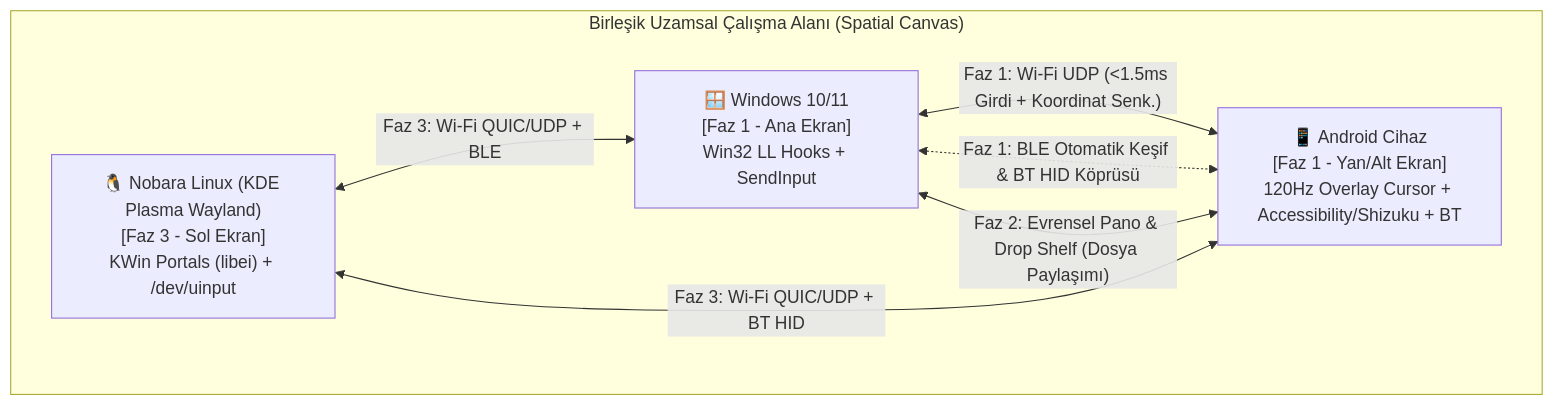
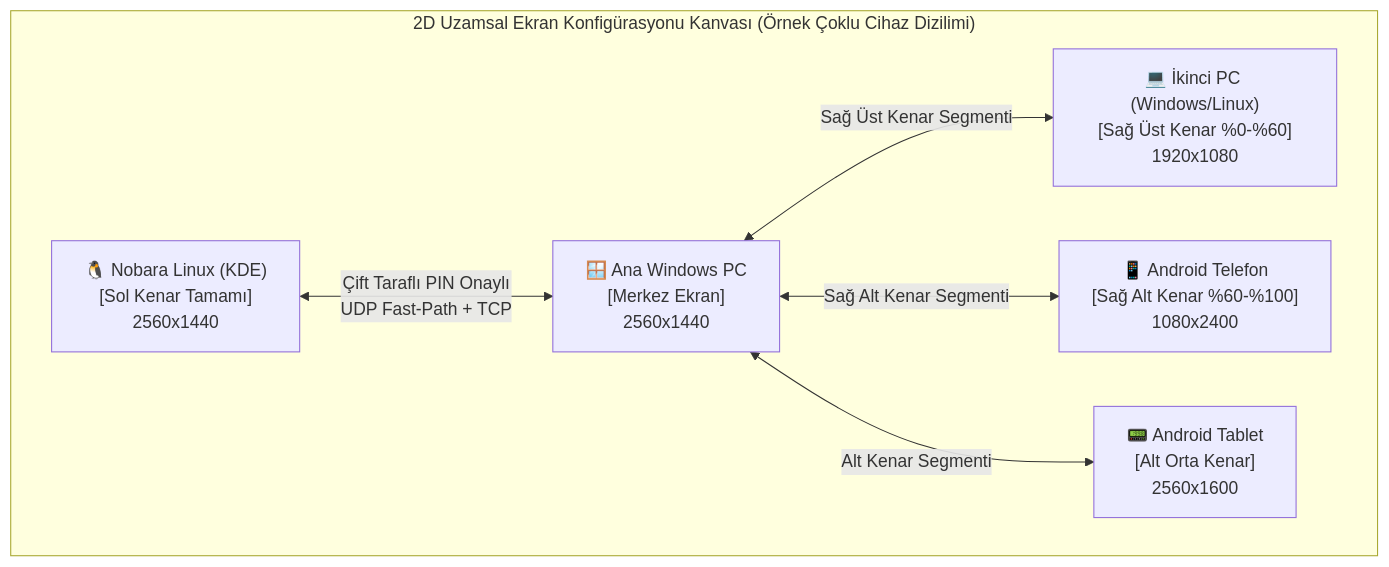
One commit to korgangames/Connect-Me changed the first of 2 diagrams in docs/ADD.md. Above: the diagram before and after it, drawn with Mermaid. The commit also changed other lines of this file and 11 other files, not shown here.

````diff
--- a/docs/ADD.md
+++ b/docs/ADD.md
@@ -26,15 +28,16 @@
 ```mermaid
 flowchart TB
-    subgraph Workspace["Birleşik Uzamsal Çalışma Alanı (Spatial Canvas)"]
+    subgraph Canvas["2D Uzamsal Ekran Konfigürasyonu Kanvası (Örnek Çoklu Cihaz Dizilimi)"]
         direction LR
-        Linux["🐧 Nobara Linux (KDE Plasma Wayland)\n[Faz 3 - Sol Ekran]\nKWin Portals (libei) + /dev/uinput"]
-        Windows["🪟 Windows 10/11\n[Faz 1 - Ana Ekran]\nWin32 LL Hooks + SendInput"]
-        Android["📱 Android Cihaz\n[Faz 1 - Yan/Alt Ekran]\n120Hz Overlay Cursor + Accessibility/Shizuku + BT"]
+        Nobara["🐧 Nobara Linux (KDE)\n[Sol Kenar Tamamı]\n2560x1440"]
+        WinMain["🪟 Ana Windows PC\n[Merkez Ekran]\n2560x1440"]
+        WinLaptop["💻 İkinci PC (Windows/Linux)\n[Sağ Üst Kenar %0-%60]\n1920x1080"]
+        AndroidPhone["📱 Android Telefon\n[Sağ Alt Kenar %60-%100]\n1080x2400"]
+        AndroidTablet["📟 Android Tablet\n[Alt Orta Kenar]\n2560x1600"]
     end
 
-    Windows <-->|"Faz 1: Wi-Fi UDP (<1.5ms Girdi + Koordinat Senk.)"| Android
-    Windows <-.->|"Faz 1: BLE Otomatik Keşif & BT HID Köprüsü"| Android
-    Windows <-->|"Faz 2: Evrensel Pano & Drop Shelf (Dosya Paylaşımı)"| Android
-    Linux <-->|"Faz 3: Wi-Fi QUIC/UDP + BLE"| Windows
-    Linux <-->|"Faz 3: Wi-Fi QUIC/UDP + BT HID"| Android
+    Nobara <-->|"Çift Taraflı PIN Onaylı\nUDP Fast-Path + TCP"| WinMain
+    WinMain <-->|"Sağ Üst Kenar Segmenti"| WinLaptop
+    WinMain <-->|"Sağ Alt Kenar Segmenti"| AndroidPhone
+    WinMain <-->|"Alt Kenar Segmenti"| AndroidTablet
 ```
````
